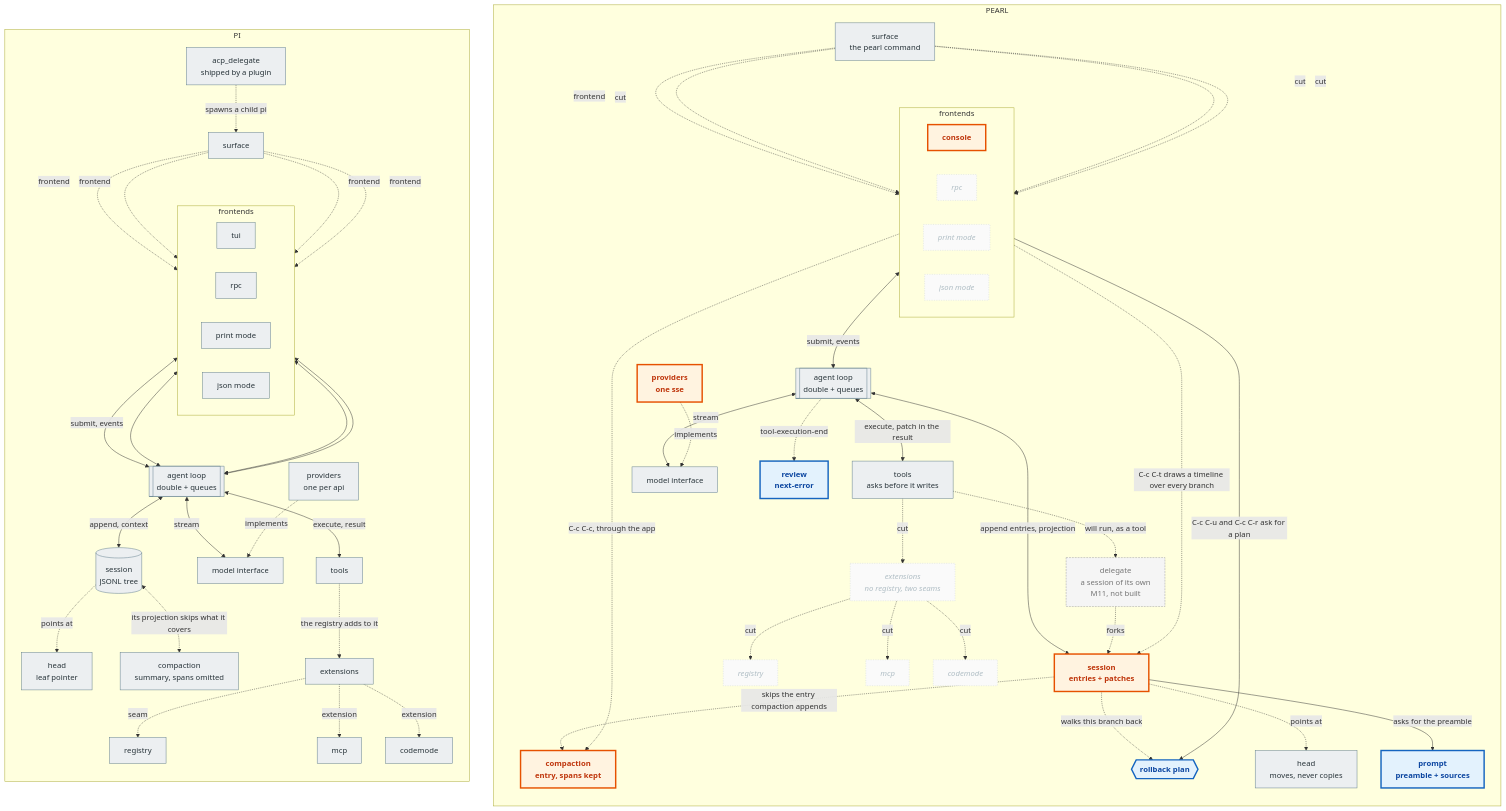
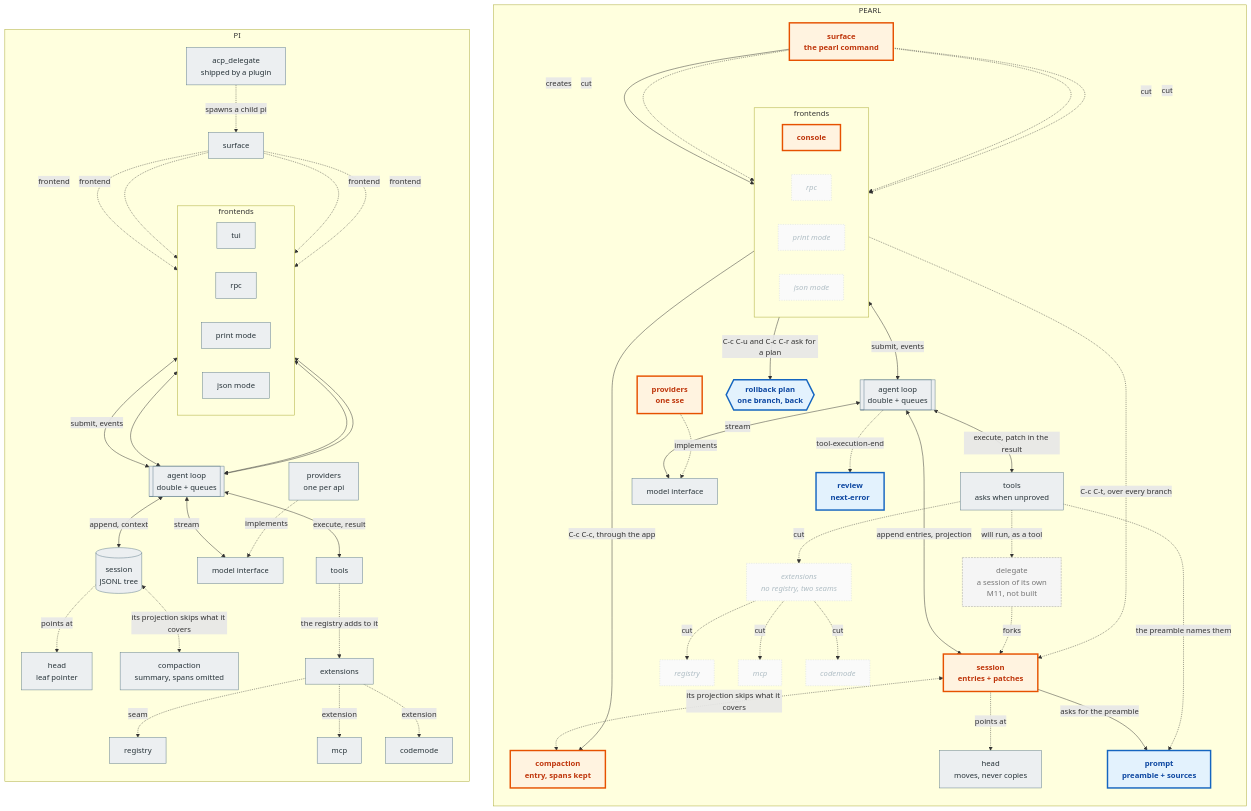
Before and after one commit to OverbearingPearl/pearl: the diagram in README.md, drawn with Mermaid. The commit also changed other lines of this file, not shown here.

````diff
--- a/README.md
+++ b/README.md
@@ -114,72 +114,73 @@
 ```mermaid
 flowchart TB
   subgraph R["PEARL"]
     direction TB
     r_surf["surface<br/>the pearl command"]
     subgraph r_fronts["frontends"]
       direction LR
       r_console["console"] & r_rpc["rpc"] & r_print["print mode"] & r_json["json mode"]
     end
-    r_surf -.->|frontend| r_console
+    r_surf -->|creates| r_console
     r_surf -.->|cut| r_rpc
     r_surf -.->|cut| r_print
     r_surf -.->|cut| r_json
     r_console <-->|submit, events| r_loop[["agent loop<br/>double + queues"]]
-    r_console -.->|C-c C-c, through the app| r_compact
-    r_console -.->|C-c C-t draws a timeline over every branch| r_sess
-    r_console -->|C-c C-u and C-c C-r ask for a plan| r_plan
-    r_loop <-->|execute, patch in the result| r_tools["tools<br/>asks before it writes"]
+    r_console -->|C-c C-c, through the app| r_compact
+    r_console -.->|C-c C-t, over every branch| r_sess
+    r_loop <-->|execute, patch in the result| r_tools["tools<br/>asks when unproved"]
     r_loop <-->|stream| r_model["model interface"]
     r_loop <-->|append entries, projection| r_sess["session<br/>entries + patches"]
     r_sess -.->|points at| r_leaf["head<br/>moves, never copies"]
-    r_sess -.->|skips the entry compaction appends| r_compact["compaction<br/>entry, spans kept"]
+    r_sess <-.->|its projection skips what it covers| r_compact["compaction<br/>entry, spans kept"]
     r_tools -.->|cut| r_ext["extensions<br/>no registry, two seams"]
     r_prov["providers<br/>one sse"] -.->|implements| r_model
     r_tools -.->|will run, as a tool| r_delegate["delegate<br/>a session of its own<br/>M11, not built"]
     r_delegate -.->|forks| r_sess
     r_sess -->|asks for the preamble| r_prompt["prompt<br/>preamble + sources"]
-    r_sess -.->|walks this branch back| r_plan{{"rollback plan"}}
+    r_tools -.->|the preamble names them| r_prompt
+    r_plan{{"rollback plan<br/>one branch, back"}}
+    r_console -->|C-c C-u and C-c C-r ask for a plan| r_plan
     r_loop -.->|tool-execution-end| r_review["review<br/>next-error"]
     r_ext -.->|cut| r_registry["registry"]
     r_ext -.->|cut| r_mcp["mcp"]
     r_ext -.->|cut| r_codemode["codemode"]
   end
   subgraph L["PI"]
     direction TB
     l_surf["surface"]
     subgraph l_fronts["frontends"]
       direction LR
       l_tui["tui"] & l_rpc["rpc"] & l_print["print mode"] & l_json["json mode"]
     end
     l_surf -.->|frontend| l_tui
     l_surf -.->|frontend| l_rpc
     l_surf -.->|frontend| l_print
     l_surf -.->|frontend| l_json
     l_tui <-->|submit, events| l_loop[["agent loop<br/>double + queues"]]
     l_rpc <--> l_loop
     l_print <--> l_loop
     l_json <--> l_loop
     l_loop <-->|execute, result| l_tools["tools"]
     l_loop <-->|stream| l_model["model interface"]
     l_loop <-->|append, context| l_sess[("session<br/>JSONL tree")]
     l_sess -.->|points at| l_leaf["head<br/>leaf pointer"]
     l_sess <-.->|its projection skips what it covers| l_compact["compaction<br/>summary, spans omitted"]
     l_tools -.->|the registry adds to it| l_ext["extensions"]
     l_ext -.->|seam| l_registry["registry"]
     l_ext -.->|extension| l_mcp["mcp"]
     l_ext -.->|extension| l_codemode["codemode"]
     l_prov["providers<br/>one per api"] -.->|implements| l_model
     l_delegate["acp_delegate<br/>shipped by a plugin"] -.->|spawns a child pi| l_surf
   end
   classDef base fill:#eceff1,stroke:#607d8b,color:#263238
   classDef changed fill:#fff3e0,stroke:#e65100,color:#bf360c,stroke-width:3px,font-weight:bold
   classDef added fill:#e3f2fd,stroke:#1565c0,color:#0d47a1,stroke-width:3px,font-weight:bold
   classDef removed fill:#fafafa,stroke:#cfd8dc,color:#b0bec5,font-style:italic,stroke-dasharray:2 3
   classDef planned fill:#f5f5f5,stroke:#9e9e9e,color:#757575,stroke-dasharray:4 2
   class l_surf,l_tui,l_rpc,l_print,l_json,l_loop,l_tools,l_model,l_sess,l_leaf,l_compact,l_ext,l_registry,l_mcp,l_codemode,l_prov,l_delegate base
-  class r_surf,r_loop,r_tools,r_model,r_leaf base
-  class r_console,r_sess,r_compact,r_prov changed
+  class r_loop,r_tools,r_model,r_leaf base
+  class r_surf,r_console,r_sess,r_compact,r_prov changed
   class r_prompt,r_plan,r_review added
   class r_ext,r_rpc,r_print,r_json,r_registry,r_mcp,r_codemode removed
   class r_delegate planned
 ```
````
